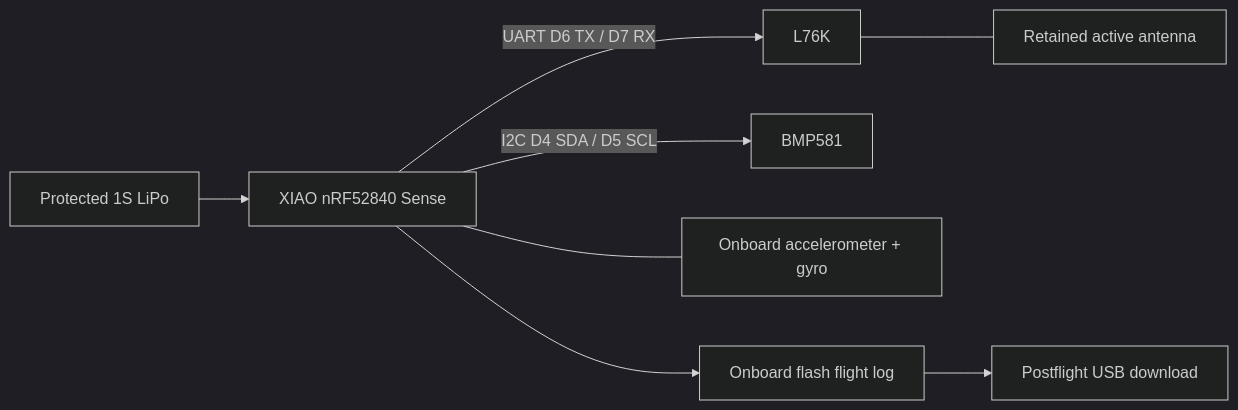
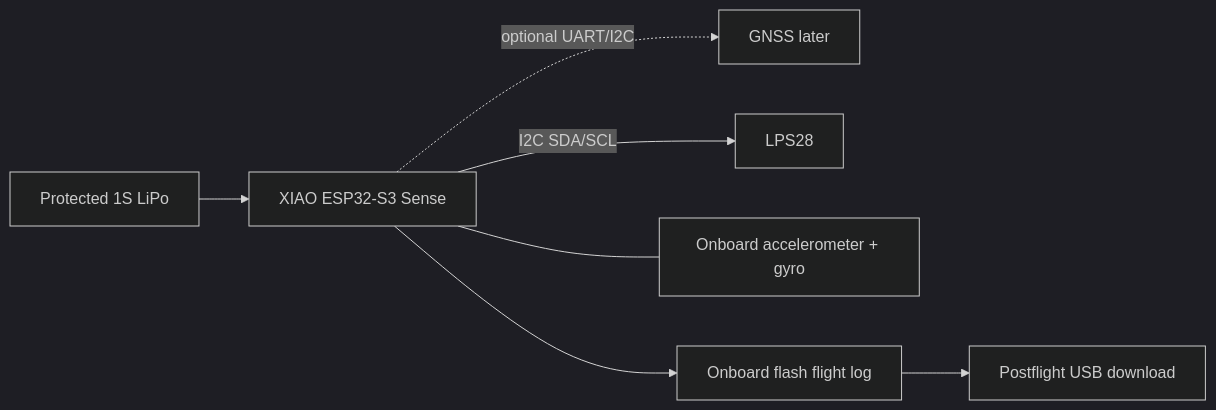
Before and after one commit to BrentWilkins/rocket-workbench: the second of 2 diagrams in docs/AVIONICS_DESIGN.md, drawn with Mermaid (dark theme). The commit also changed other lines of this file and 106 other files, not shown here.

````diff
--- a/docs/AVIONICS_DESIGN.md
+++ b/docs/AVIONICS_DESIGN.md
@@ -48,10 +76,9 @@
 ```mermaid
 flowchart LR
-    Battery[Protected 1S LiPo] --> XIAO[XIAO nRF52840 Sense]
-    XIAO -->|UART D6 TX / D7 RX| GPS[L76K]
-    GPS --- Antenna[Retained active antenna]
-    XIAO -->|I2C D4 SDA / D5 SCL| Baro[BMP581]
+    Battery[Protected 1S LiPo] --> XIAO[XIAO ESP32-S3 Sense]
+    XIAO -. optional UART/I2C .-> GPS[GNSS later]
+    XIAO -->|I2C SDA/SCL| Baro[LPS28]
     XIAO --- IMU[Onboard accelerometer + gyro]
     XIAO --> Flash[Onboard flash flight log]
     Flash --> USB[Postflight USB download]
 ```
````
